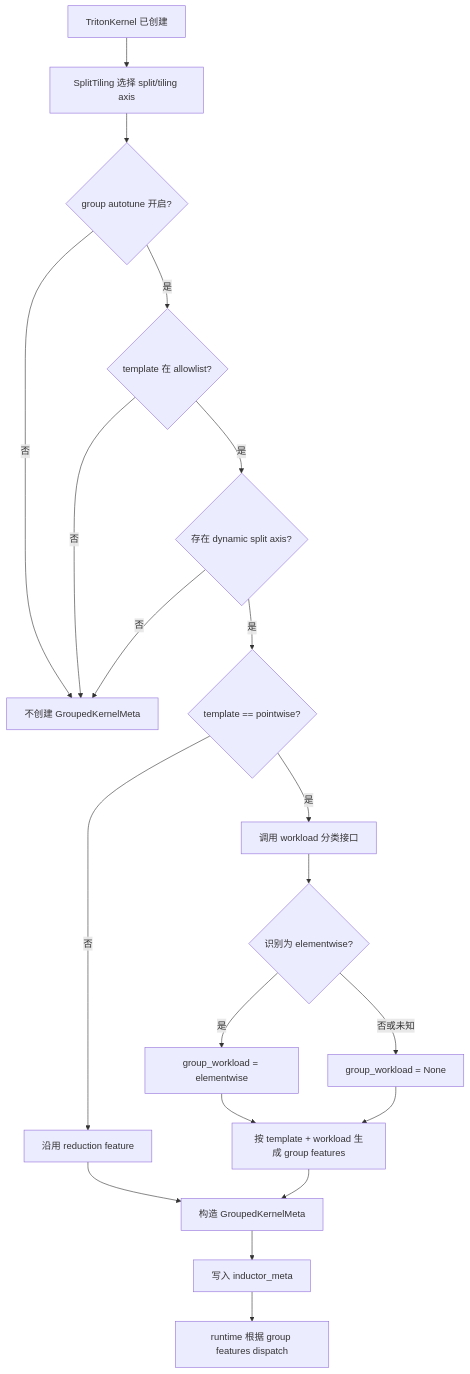
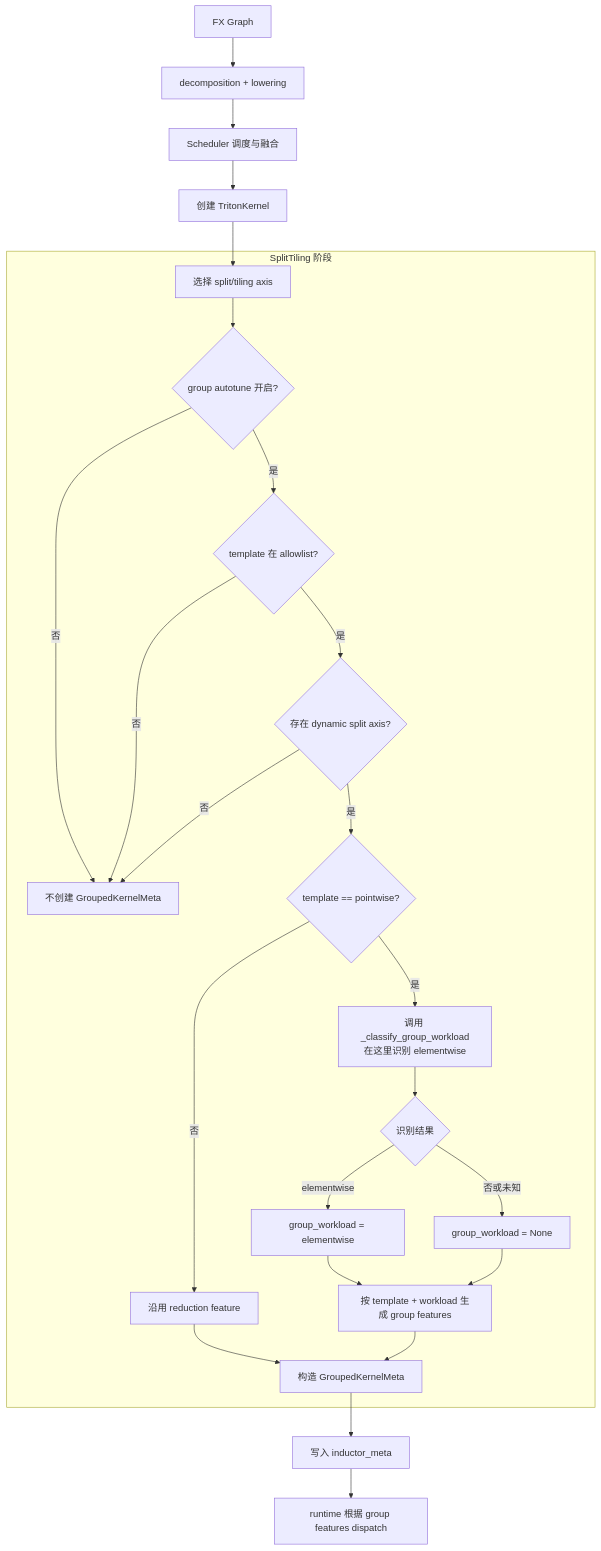
The diagram in docs/requirements-design/inductor-symbolic-group-elementwise-workload.md (limbochao/torch-learn), drawn with Mermaid before and after one commit. The commit also changed other lines of this file, not shown here.

Commit message:
docs: clarify elementwise classification flow

````diff
--- a/docs/requirements-design/inductor-symbolic-group-elementwise-workload.md
+++ b/docs/requirements-design/inductor-symbolic-group-elementwise-workload.md
@@ -110,22 +110,29 @@
 ```mermaid
 flowchart TD
-    A["TritonKernel 已创建"] --> B["SplitTiling 选择 split/tiling axis"]
-    B --> C{"group autotune 开启?"}
-    C -- 否 --> Z["不创建 GroupedKernelMeta"]
-    C -- 是 --> D{"template 在 allowlist?"}
-    D -- 否 --> Z
-    D -- 是 --> E{"存在 dynamic split axis?"}
-    E -- 否 --> Z
-    E -- 是 --> F{"template == pointwise?"}
-    F -- 否 --> G["沿用 reduction feature"]
-    F -- 是 --> H["调用 workload 分类接口"]
-    H --> I{"识别为 elementwise?"}
-    I -- 是 --> J["group_workload = elementwise"]
-    I -- 否或未知 --> K["group_workload = None"]
-    J --> L["按 template + workload 生成 group features"]
-    K --> L
-    G --> M["构造 GroupedKernelMeta"]
-    L --> M
-    M --> N["写入 inductor_meta"]
-    N --> O["runtime 根据 group features dispatch"]
+    A["FX Graph"] --> B["decomposition + lowering"]
+    B --> C["Scheduler 调度与融合"]
+    C --> D["创建 TritonKernel"]
+
+    subgraph ST["SplitTiling 阶段"]
+        E["选择 split/tiling axis"] --> F{"group autotune 开启?"}
+        F -- 否 --> Z["不创建 GroupedKernelMeta"]
+        F -- 是 --> G{"template 在 allowlist?"}
+        G -- 否 --> Z
+        G -- 是 --> H{"存在 dynamic split axis?"}
+        H -- 否 --> Z
+        H -- 是 --> I{"template == pointwise?"}
+        I -- 否 --> J["沿用 reduction feature"]
+        I -- 是 --> K["调用 _classify_group_workload<br/>在这里识别 elementwise"]
+        K --> L{"识别结果"}
+        L -- elementwise --> M["group_workload = elementwise"]
+        L -- 否或未知 --> N["group_workload = None"]
+        M --> O["按 template + workload 生成 group features"]
+        N --> O
+        J --> P["构造 GroupedKernelMeta"]
+        O --> P
+    end
+
+    D --> E
+    P --> Q["写入 inductor_meta"]
+    Q --> R["runtime 根据 group features dispatch"]
 ```
````
